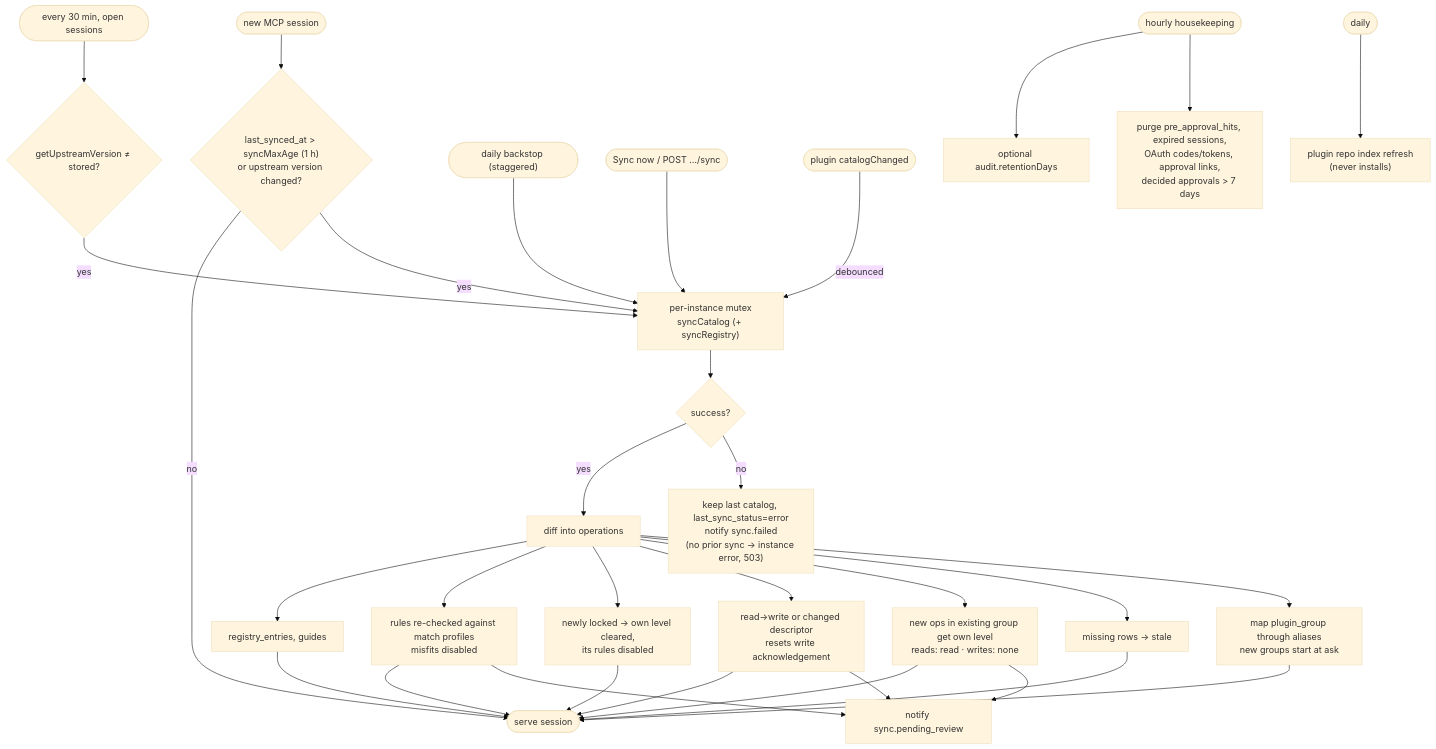
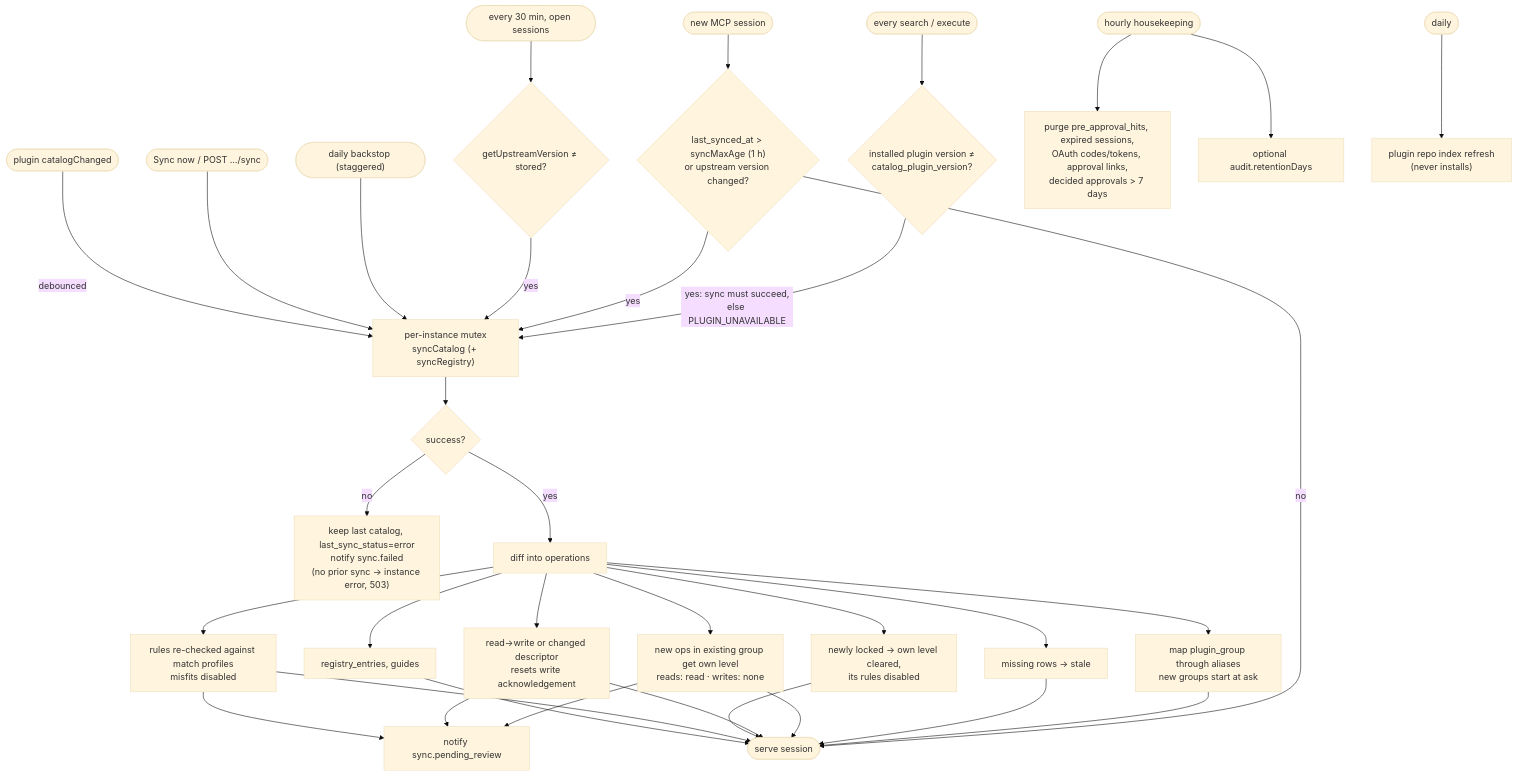
Diagram 21 of 30 in docs/architecture.md (via-justa/synoikia-core), drawn with Mermaid (base theme) before and after one commit. The commit also changed other lines of this file and 34 other files, not shown here.

````diff
--- a/docs/architecture.md
+++ b/docs/architecture.md
@@ -830,27 +831,29 @@
 ```mermaid
 flowchart TD
+  t0(["every search / execute"]) --> pv{"installed plugin version ≠<br/>catalog_plugin_version?"}
+  pv -- "yes: sync must succeed,<br/>else PLUGIN_UNAVAILABLE" --> sync
   t1(["new MCP session"]) --> stale{"last_synced_at > syncMaxAge (1 h)<br/>or upstream version changed?"}
   stale -- yes --> sync
   stale -- no --> serve(["serve session"])
   t2(["every 30 min, open sessions"]) --> ver{"getUpstreamVersion ≠ stored?"} -- yes --> sync
   t3(["daily backstop (staggered)"]) --> sync
   t4(["Sync now / POST …/sync"]) --> sync
   t5(["plugin catalogChanged"]) -- debounced --> sync
 
   sync["per-instance mutex<br/>syncCatalog (+ syncRegistry)"] --> ok{"success?"}
   ok -- no --> keep["keep last catalog, last_sync_status=error<br/>notify sync.failed<br/>(no prior sync → instance error, 503)"]
   ok -- yes --> diff["diff into operations"]
   diff --> d1["map plugin_group through aliases<br/>new groups start at ask"]
   diff --> d2["missing rows → stale"]
   diff --> d3["new ops in existing group get own level<br/>reads: read · writes: none"]
   diff --> d4["read→write or changed descriptor<br/>resets write acknowledgement"]
   diff --> d5["newly locked → own level cleared,<br/>its rules disabled"]
   diff --> d6["rules re-checked against match profiles<br/>misfits disabled"]
   diff --> d7["registry_entries, guides"]
   d3 & d4 & d6 --> pr["notify sync.pending_review"]
   d1 & d2 & d3 & d4 & d5 & d6 & d7 --> serve
 
   hk(["hourly housekeeping"]) --> h1["purge pre_approval_hits, expired sessions,<br/>OAuth codes/tokens, approval links,<br/>decided approvals > 7 days"]
   hk --> h2["optional audit.retentionDays"]
   ri(["daily"]) --> h3["plugin repo index refresh<br/>(never installs)"]
 ```
````
